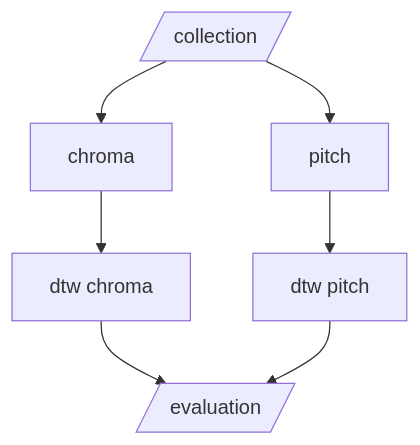
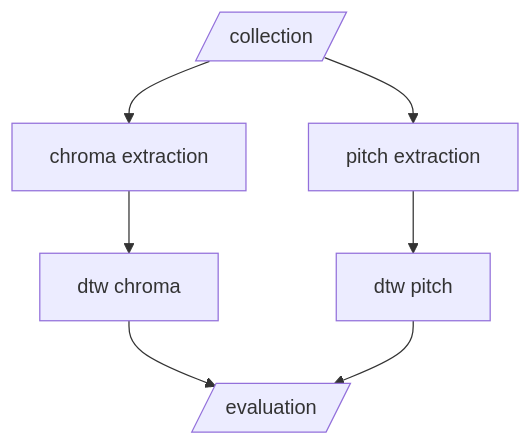
Before and after one commit to enter-opy/qbh-catalog: the diagram in README.md, drawn with Mermaid. The commit also changed 47 other files, not shown here.

````diff
--- a/README.md
+++ b/README.md
@@ -8,9 +8,9 @@
 ```mermaid
 flowchart TB;
-	A[/collection/] --> B[chroma];
-	A --> C[pitch];
+	A[/collection/] --> B[chroma extraction];
+	A --> C[pitch extraction];
 	B --> D[dtw chroma];
 	C --> E[dtw pitch];
 	D --> F[/evaluation/];
 	E --> F;
 ```
````
